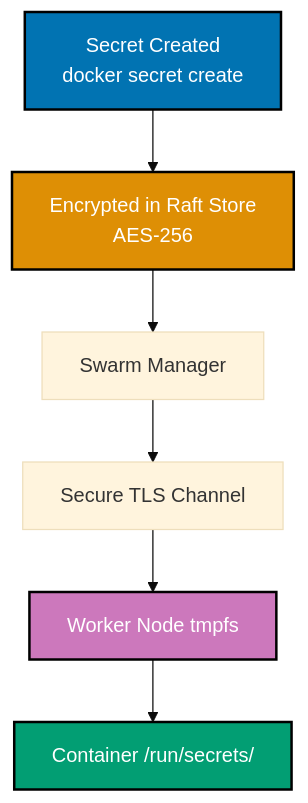
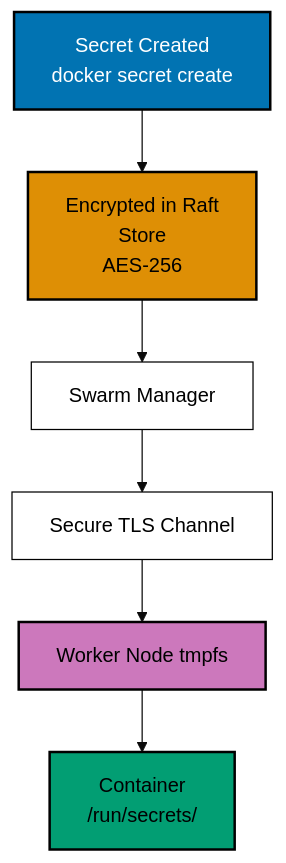
Before and after one commit to wahidyankf/ose-public: diagram 11 of 14 in apps/ayokoding-www/content/en/learn/legacy/software-engineering/infrastructure/tools/docker/by-example/advanced.md, drawn with Mermaid (base theme). The commit also changed other lines of this file and 131 other files, not shown here.

First line of the commit message:
fix(mermaid): bring the legacy data, infrastructure, and testing diagrams onto the accessible palette

````diff
--- a/apps/ayokoding-www/content/en/learn/legacy/software-engineering/infrastructure/tools/docker/by-example/advanced.md
+++ b/apps/ayokoding-www/content/en/learn/legacy/software-engineering/infrastructure/tools/docker/by-example/advanced.md
@@ -2762,14 +2826,21 @@
 ```mermaid
 %% Color Palette: Blue #0173B2, Orange #DE8F05, Teal #029E73, Purple #CC78BC, Brown #CA9161
 graph TD
-    A["Secret Created<br/>docker secret create"] --> B["Encrypted in Raft Store<br/>AES-256"]
+    accTitle: Example 71: Docker Swarm Secrets Management
+    accDescr: Graph with 6 nodes and 5 connections. Nodes: Secret Created docker secret create, Encrypted in Raft Store AES-256, Swarm Manager, Secure TLS Channel, Worker Node tmpfs, Container /run/secrets/. Connections: Secret Created docker secret create to Encrypted in Raft Store AES-256, Encrypted in Raft Store AES-256 to Swarm Manager, Swarm Manager to Secure TLS Channel, Secure TLS Channel to Worker Node tmpfs, Worker Node tmpfs to Container /run/secrets/.
+    A["Secret Created<br/>docker secret create"] --> B["Encrypted in Raft<br/>Store<br/>AES-256"]
     B --> C["Swarm Manager"]
     C --> D["Secure TLS Channel"]
     D --> E["Worker Node tmpfs"]
-    E --> F["Container /run/secrets/"]
+    E --> F["Container<br/>/run/secrets/"]
 
-    style A fill:#0173B2,stroke:#000000,stroke-width:2px,color:#fff
-    style B fill:#DE8F05,stroke:#000000,stroke-width:2px,color:#fff
-    style E fill:#CC78BC,stroke:#000000,stroke-width:2px,color:#fff
-    style F fill:#029E73,stroke:#000000,stroke-width:2px,color:#fff
+    classDef pal-0173B2 fill:#0173B2,stroke:#000000,color:#FFFFFF,stroke-width:2px
+    class A pal-0173B2
+    classDef pal-DE8F05 fill:#DE8F05,stroke:#000000,color:#000000,stroke-width:2px
+    class B pal-DE8F05
+    classDef pal-CC78BC fill:#CC78BC,stroke:#000000,color:#000000,stroke-width:2px
+    class E pal-CC78BC
+    classDef pal-029E73 fill:#029E73,stroke:#000000,color:#000000,stroke-width:2px
+    class F pal-029E73
+    classDef default fill:#FFFFFF,stroke:#000000,color:#000000
 ```
````
